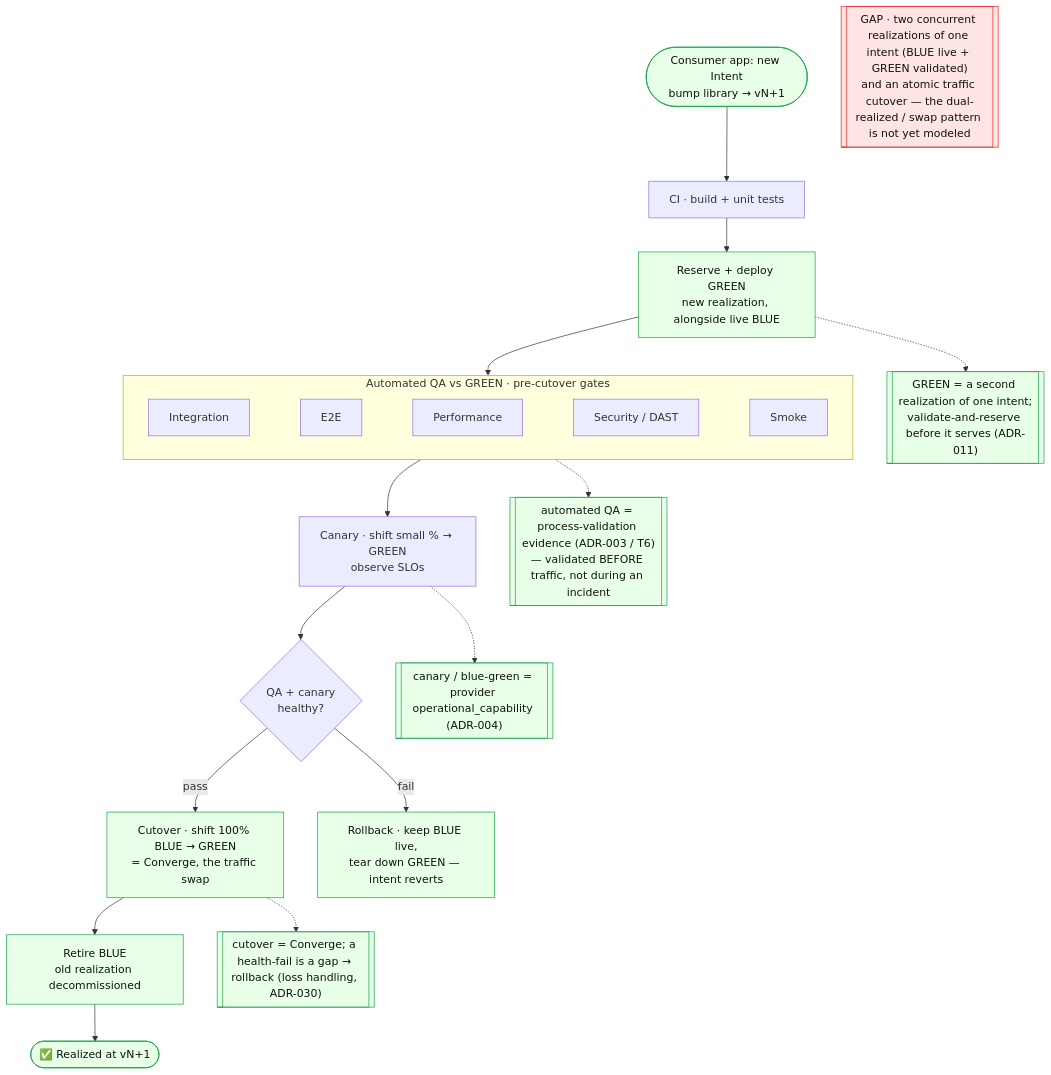
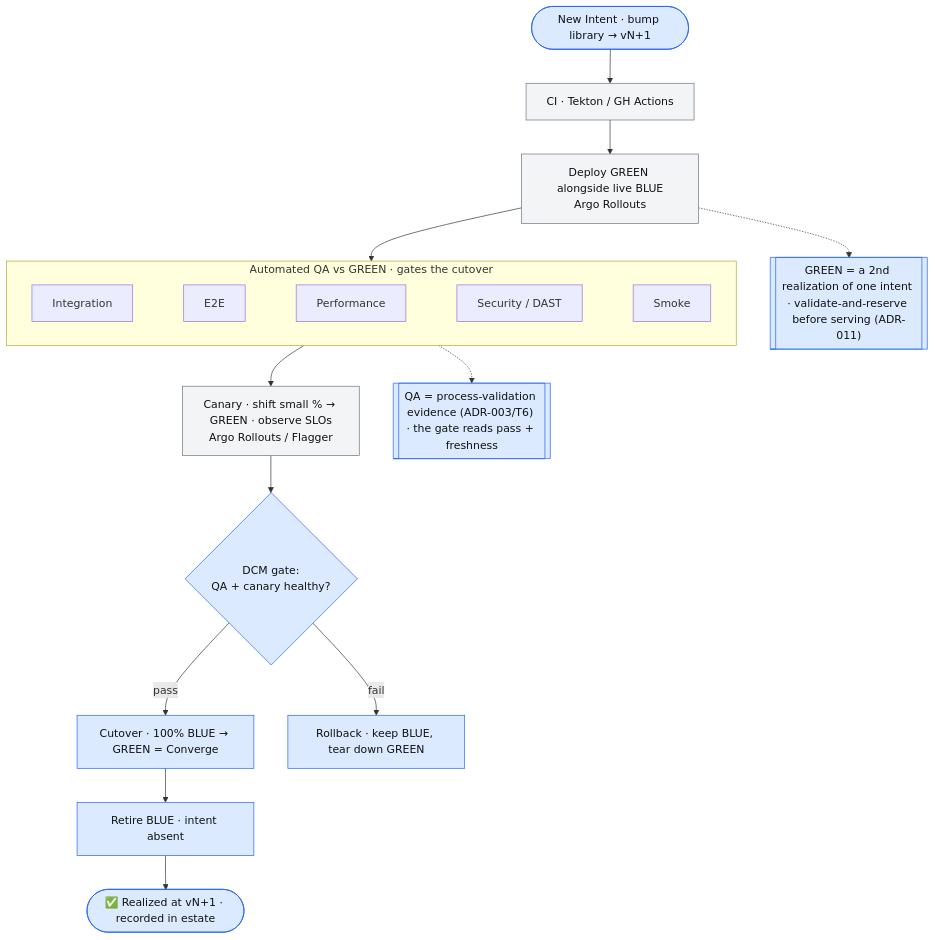
Before and after one commit to croadfeldt/udlm: the third of 3 diagrams in docs/flows/example-fsi-software-supply-chain.md, drawn with Mermaid. The commit also changed other lines of this file, not shown here.

First line of the commit message:
example flow: reframe as UDLM/DCM managing existing tools (not driving)

````diff
--- a/docs/flows/example-fsi-software-supply-chain.md
+++ b/docs/flows/example-fsi-software-supply-chain.md
@@ -142,31 +111,28 @@
 ```mermaid
 flowchart TD
-    INT([Consumer app: new Intent<br/>bump library → vN+1]):::fit
-    CI[CI · build + unit tests]
-    RES[Reserve + deploy GREEN<br/>new realization, alongside live BLUE]:::fit
+    INT([New Intent · bump library → vN+1]):::mgmt
+    CI[CI · Tekton / GH Actions]:::tool
+    RES[Deploy GREEN alongside live BLUE<br/>Argo Rollouts]:::tool
 
-    subgraph QA[Automated QA vs GREEN · pre-cutover gates]
+    subgraph QA[Automated QA vs GREEN · gates the cutover]
         direction LR
         Q1[Integration] ~~~ Q2[E2E] ~~~ Q3[Performance] ~~~ Q4[Security / DAST] ~~~ Q5[Smoke]
     end
 
-    CAN[Canary · shift small % → GREEN<br/>observe SLOs]
-    GATE{QA + canary<br/>healthy?}
-    CUT[Cutover · shift 100% BLUE → GREEN<br/>= Converge, the traffic swap]:::fit
-    RETIRE[Retire BLUE<br/>old realization decommissioned]:::fit
-    OK([✅ Realized at vN+1]):::fit
-    RBK[Rollback · keep BLUE live,<br/>tear down GREEN — intent reverts]:::fit
+    CAN[Canary · shift small % → GREEN · observe SLOs<br/>Argo Rollouts / Flagger]:::tool
+    GATE{DCM gate:<br/>QA + canary healthy?}:::mgmt
+    CUT[Cutover · 100% BLUE → GREEN = Converge]:::mgmt
+    RETIRE[Retire BLUE · intent absent]:::mgmt
+    OK([✅ Realized at vN+1 · recorded in estate]):::mgmt
+    RBK[Rollback · keep BLUE, tear down GREEN]:::mgmt
 
     INT --> CI --> RES --> QA --> CAN --> GATE
     GATE -->|pass| CUT --> RETIRE --> OK
     GATE -->|fail| RBK
 
-    RES -.-> M1[["GREEN = a second realization of one intent;<br/>validate-and-reserve before it serves (ADR-011)"]]:::fit
-    QA -.-> M2[["automated QA = process-validation evidence (ADR-003 / T6)<br/>— validated BEFORE traffic, not during an incident"]]:::fit
-    CAN -.-> M3[["canary / blue-green = provider operational_capability (ADR-004)"]]:::fit
-    CUT -.-> M4[["cutover = Converge; a health-fail is a gap → rollback (loss handling, ADR-030)"]]:::fit
-    GAP2[["GAP · two concurrent realizations of one intent (BLUE live + GREEN validated)<br/>and an atomic traffic cutover — the dual-realized / swap pattern is not yet modeled"]]:::gap
+    RES -.-> M1[["GREEN = a 2nd realization of one intent · validate-and-reserve before serving (ADR-011)"]]:::mgmt
+    QA -.-> M2[["QA = process-validation evidence (ADR-003/T6) · the gate reads pass + freshness"]]:::mgmt
 
-    classDef fit fill:#e8ffe8,stroke:#16a34a,color:#111
-    classDef gap fill:#ffe4e4,stroke:#dc2626,color:#111
+    classDef tool fill:#f3f4f6,stroke:#6b7280,color:#111
+    classDef mgmt fill:#dbeafe,stroke:#2563eb,color:#111
 ```
````
